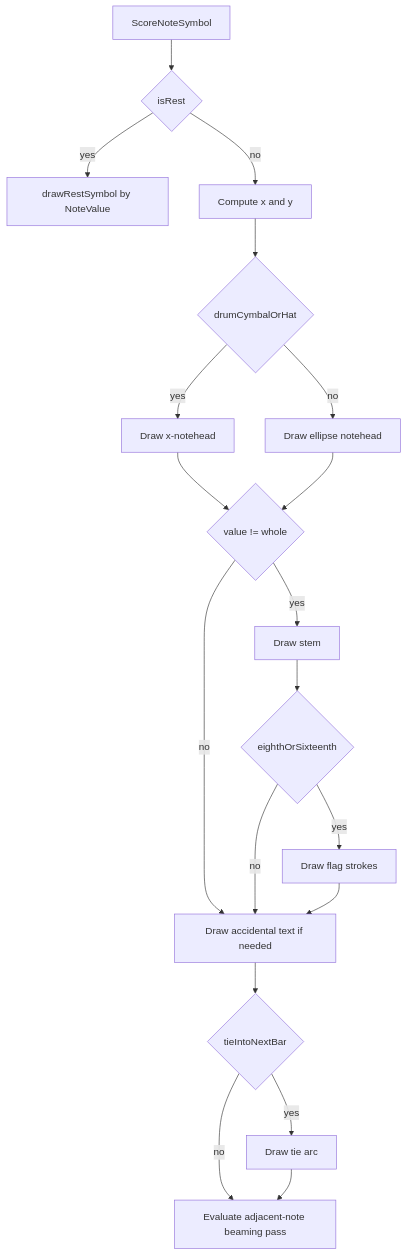
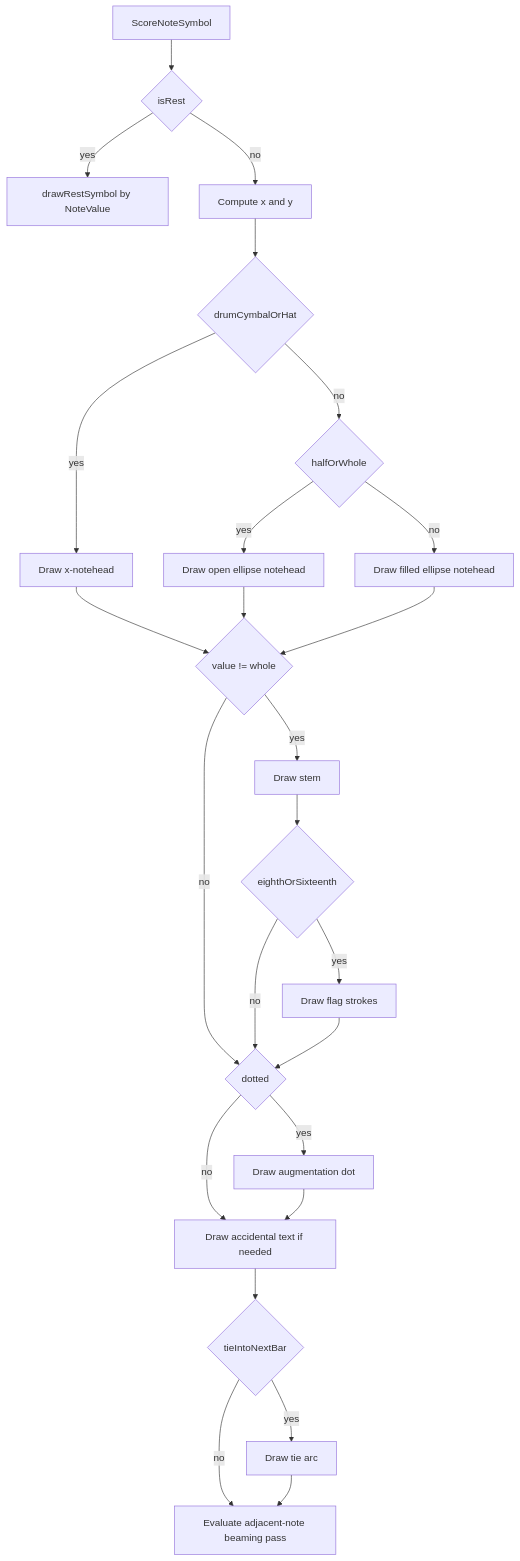
The third of 5 diagrams in DESIGN.md (aminnie/AMidiScorer), drawn with Mermaid before and after one commit. The commit also changed other lines of this file and 7 other files, not shown here.

Commit message:
Improve note duration readability with open heads and dotted values.

````diff
--- a/DESIGN.md
+++ b/DESIGN.md
@@ -434,21 +443,27 @@
 ```mermaid
 flowchart TD
   symbol[ScoreNoteSymbol] --> restCheck{isRest}
   restCheck -->|yes| restDraw[drawRestSymbol by NoteValue]
   restCheck -->|no| pitchPrep[Compute x and y]
   pitchPrep --> noteHead{drumCymbalOrHat}
   noteHead -->|yes| xHead[Draw x-notehead]
-  noteHead -->|no| ellipseHead[Draw ellipse notehead]
+  noteHead -->|no| headStyle{halfOrWhole}
+  headStyle -->|yes| openHead[Draw open ellipse notehead]
+  headStyle -->|no| filledHead[Draw filled ellipse notehead]
   xHead --> stemCheck{value != whole}
-  ellipseHead --> stemCheck
+  openHead --> stemCheck
+  filledHead --> stemCheck
   stemCheck -->|yes| stemDraw[Draw stem]
-  stemCheck -->|no| accidentalStep
+  stemCheck -->|no| dotCheck
   stemDraw --> flagCheck{eighthOrSixteenth}
   flagCheck -->|yes| flagDraw[Draw flag strokes]
-  flagCheck -->|no| accidentalStep
-  flagDraw --> accidentalStep[Draw accidental text if needed]
+  flagCheck -->|no| dotCheck
+  flagDraw --> dotCheck{dotted}
+  dotCheck -->|yes| dotDraw[Draw augmentation dot]
+  dotCheck -->|no| accidentalStep
+  dotDraw --> accidentalStep[Draw accidental text if needed]
   accidentalStep --> tieCheck{tieIntoNextBar}
   tieCheck -->|yes| tieDraw[Draw tie arc]
   tieCheck -->|no| beamPass[Evaluate adjacent-note beaming pass]
   tieDraw --> beamPass
 ```
````
